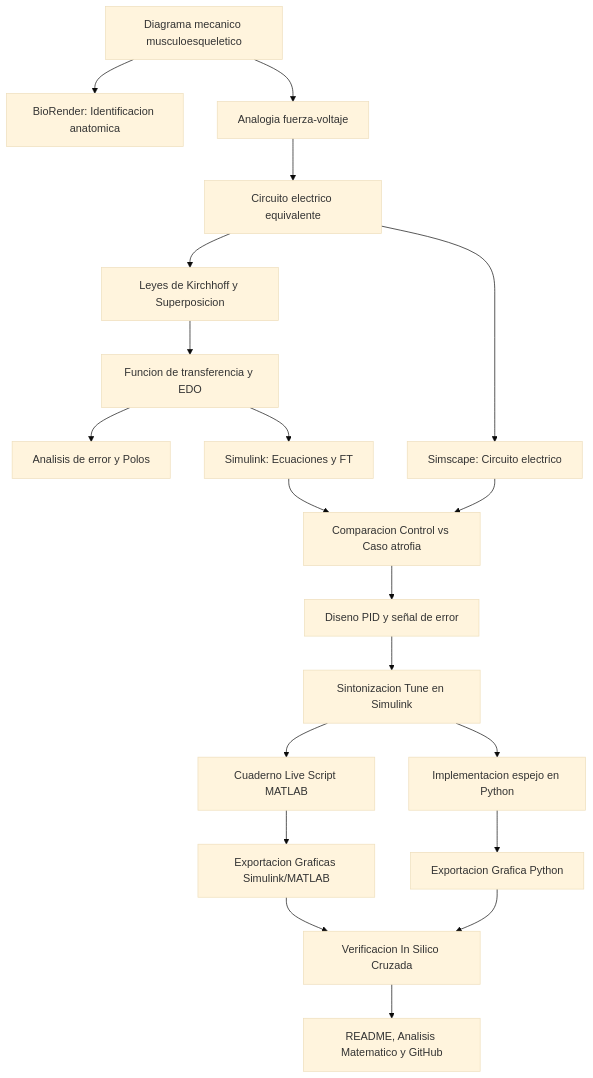
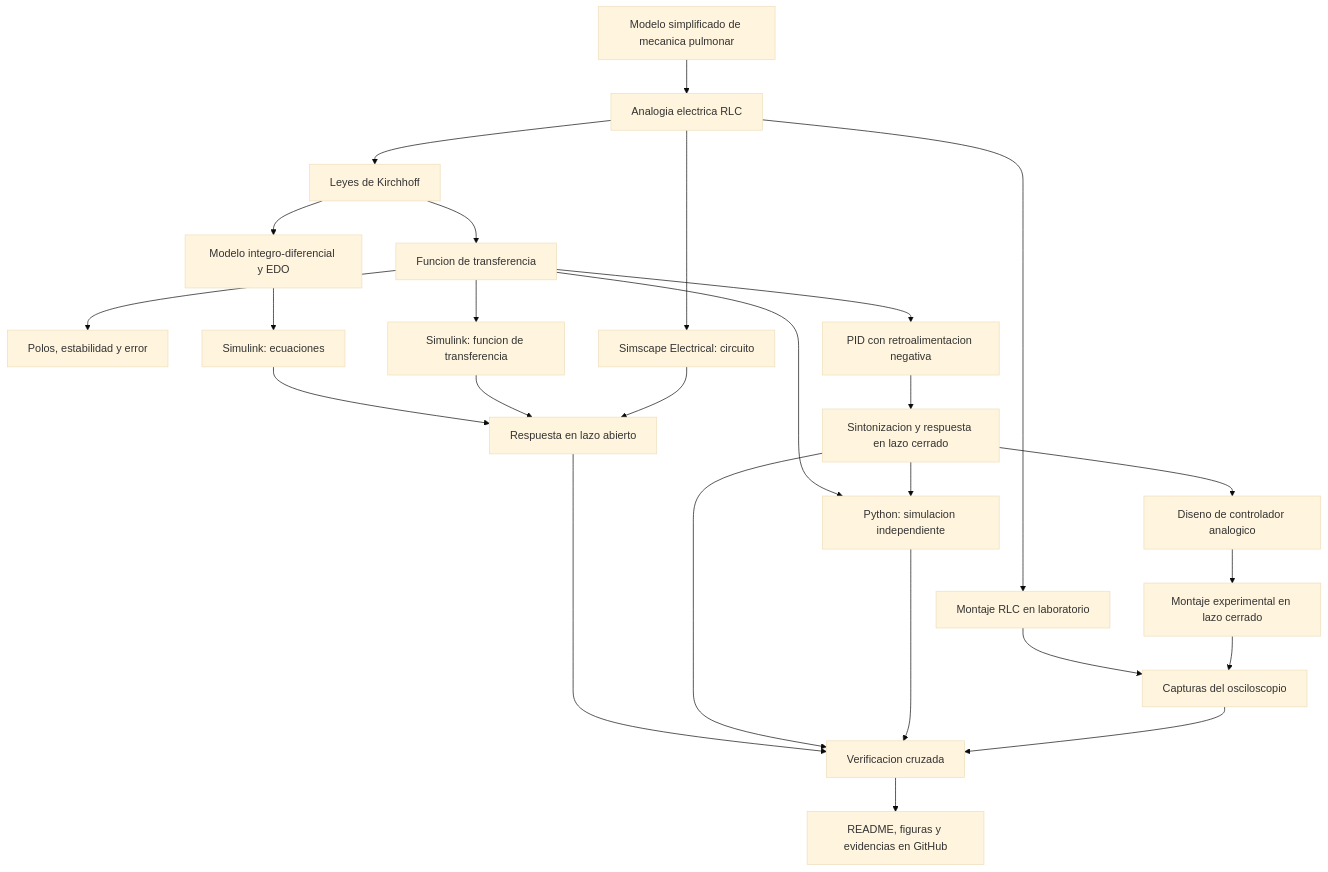
Before and after one commit to l23212228-hue/MSFP3: the diagram in README.md, drawn with Mermaid (base theme). The commit also changed other lines of this file, not shown here.

````diff
--- a/README.md
+++ b/README.md
@@ -287,22 +467,28 @@
 ```mermaid
 flowchart TD
-    A[Diagrama mecanico musculoesqueletico] --> B[BioRender: Identificacion anatomica]
-    A --> C[Analogia fuerza-voltaje]
-    C --> D[Circuito electrico equivalente]
-    D --> E[Leyes de Kirchhoff y Superposicion]
-    E --> F[Funcion de transferencia y EDO]
-    F --> G[Analisis de error y Polos]
-    F --> H[Simulink: Ecuaciones y FT]
-    D --> I[Simscape: Circuito electrico]
-    H --> J[Comparacion Control vs Caso atrofia]
+    A[Modelo simplificado de mecanica pulmonar] --> B[Analogia electrica RLC]
+    B --> C[Leyes de Kirchhoff]
+    C --> D[Modelo integro-diferencial y EDO]
+    C --> E[Funcion de transferencia]
+    E --> F[Polos, estabilidad y error]
+    D --> G[Simulink: ecuaciones]
+    E --> H[Simulink: funcion de transferencia]
+    B --> I[Simscape Electrical: circuito]
+    G --> J[Respuesta en lazo abierto]
+    H --> J
     I --> J
-    J --> K[Diseno PID y señal de error]
-    K --> L[Sintonizacion Tune en Simulink]
-    L --> M[Cuaderno Live Script MATLAB]
-    M --> N[Exportacion Graficas Simulink/MATLAB]
-    L --> O[Implementacion espejo en Python]
-    O --> P[Exportacion Grafica Python]
-    N --> Q[Verificacion In Silico Cruzada]
+    E --> K[PID con retroalimentacion negativa]
+    K --> L[Sintonizacion y respuesta en lazo cerrado]
+    E --> M[Python: simulacion independiente]
+    L --> M
+    L --> N[Diseno de controlador analogico]
+    B --> O[Montaje RLC en laboratorio]
+    N --> P[Montaje experimental en lazo cerrado]
+    O --> Q[Capturas del osciloscopio]
     P --> Q
-    Q --> R[README, Analisis Matematico y GitHub]
+    J --> R[Verificacion cruzada]
+    L --> R
+    M --> R
+    Q --> R
+    R --> S[README, figuras y evidencias en GitHub]
 ```
````
